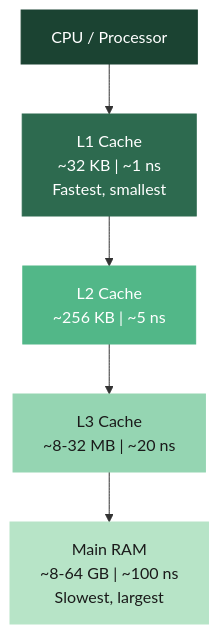
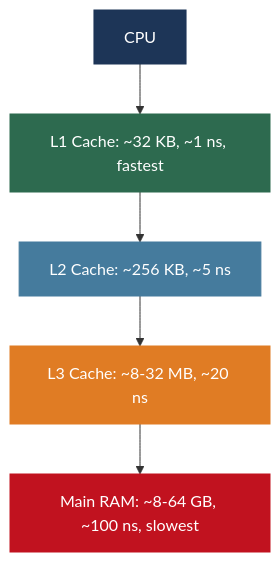
One commit to MuhammadTahaNasir/Big-Data-Analytics-Notes changed the first of 14 diagrams in Week1/Lecture2_Hardware_Moores_Amdahls.md. Above: the diagram before and after it, drawn with Mermaid. The commit also changed other lines of this file, not shown here.

````diff
--- a/Week1/Lecture2_Hardware_Moores_Amdahls.md
+++ b/Week1/Lecture2_Hardware_Moores_Amdahls.md
@@ -54,16 +54,16 @@
 ```mermaid
 flowchart TD
-    CPU["CPU / Processor"]
-    L1["L1 Cache\n~32 KB | ~1 ns\nFastest, smallest"]
-    L2["L2 Cache\n~256 KB | ~5 ns"]
-    L3["L3 Cache\n~8-32 MB | ~20 ns"]
-    RAM["Main RAM\n~8-64 GB | ~100 ns\nSlowest, largest"]
+    CPU[CPU]
+    L1[L1 Cache: ~32 KB, ~1 ns, fastest]
+    L2[L2 Cache: ~256 KB, ~5 ns]
+    L3[L3 Cache: ~8-32 MB, ~20 ns]
+    RAM[Main RAM: ~8-64 GB, ~100 ns, slowest]
 
     CPU --> L1 --> L2 --> L3 --> RAM
 
+    style CPU fill:#1d3557,color:#fff,stroke:#1d3557
     style L1 fill:#2d6a4f,color:#fff,stroke:#2d6a4f
-    style L2 fill:#52b788,color:#fff,stroke:#52b788
-    style L3 fill:#95d5b2,color:#1a1a1a,stroke:#95d5b2
-    style RAM fill:#b7e4c7,color:#1a1a1a,stroke:#b7e4c7
-    style CPU fill:#1b4332,color:#fff,stroke:#1b4332
+    style L2 fill:#457b9d,color:#fff,stroke:#457b9d
+    style L3 fill:#e07c24,color:#fff,stroke:#e07c24
+    style RAM fill:#c1121f,color:#fff,stroke:#c1121f
 ```
````
